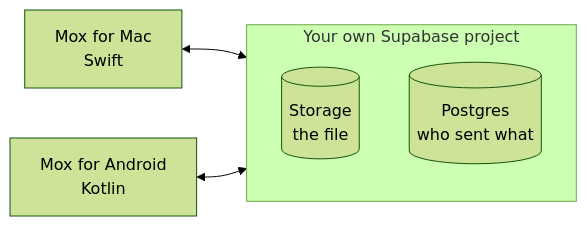
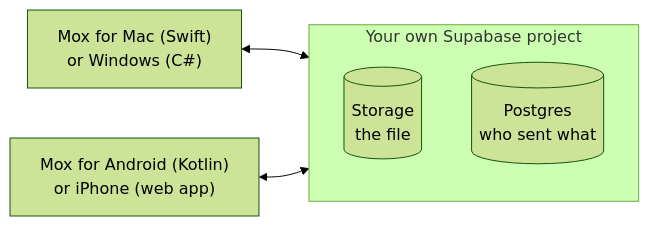
One commit to GiamSoo23/Mox changed the first of 2 diagrams in README.md. Above: the diagram before and after it, drawn with Mermaid (forest theme). The commit also changed other lines of this file and 1 other file, not shown here.

First line of the commit message:
docs: install guide and README for Windows and iPhone

````diff
--- a/README.md
+++ b/README.md
@@ -40,12 +42,12 @@
 ```mermaid
 flowchart LR
-    MAC["Mox for Mac<br/>Swift"]
-    AND["Mox for Android<br/>Kotlin"]
+    MAC["Mox for Mac (Swift)<br/>or Windows (C#)"]
+    AND["Mox for Android (Kotlin)<br/>or iPhone (web app)"]
     subgraph SUPA["Your own Supabase project"]
         direction TB
         ST[("Storage<br/>the file")]
         PG[("Postgres<br/>who sent what")]
     end
     MAC <--> SUPA
     AND <--> SUPA
 ```
````
